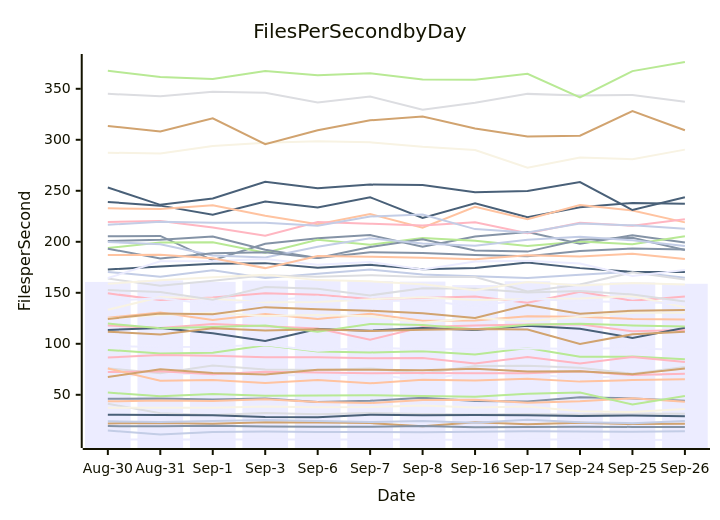
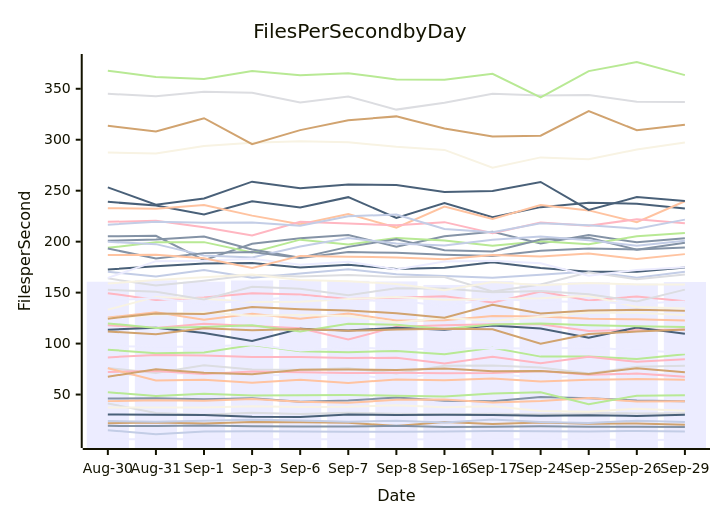
Before and after one commit to streetsidesoftware/cspell: the diagram in perf-report.md, drawn with Mermaid. The commit also changed other lines of this file and 1 other file, not shown here.

````diff
--- a/perf-report.md
+++ b/perf-report.md
@@ -10,57 +10,57 @@
 ```mermaid
 xychart-beta
     title Files Per Second by Day
     y-axis Files per Second
-    x-axis Date [Aug-30, Aug-31, Sep-1, Sep-3, Sep-6, Sep-7, Sep-8, Sep-16, Sep-17, Sep-24, Sep-25, Sep-26]
-    bar [160.67, 162.16, 160.72, 161.93, 162.34, 161.56, 160.97, 157.55, 161.35, 159.12, 160.20, 158.85]
-    line [46.05, 46.44, 45.45, 46.41, 42.91, 44.10, 47.18, 43.88, 43.41, 47.56, 46.43, 44.28]
-    line [43.55, 44.33, 43.81, 45.60, 43.01, 41.97, 44.80, 45.26, 42.13, 43.68, 46.57, 43.13]
-    line [41.27, 31.95, 30.26, 32.20, 30.88, 32.09, 31.08, 30.60, 31.19, 30.72, 31.67, 31.52]
-    line [52.21, 48.60, 50.89, 48.97, 49.35, 49.58, 48.85, 47.97, 51.02, 52.29, 40.48, 48.89]
-    line [21.90, 22.46, 21.60, 23.03, 22.85, 22.27, 19.18, 23.11, 21.10, 22.62, 21.27, 21.60]
-    line [15.00, 11.10, 13.64, 14.09, 13.63, 13.57, 13.40, 13.81, 14.35, 14.04, 13.83, 14.23]
-    line [118.01, 115.40, 119.50, 117.17, 114.93, 104.04, 116.42, 117.89, 118.96, 119.04, 112.27, 113.64]
-    line [113.59, 115.52, 110.36, 102.65, 114.46, 112.83, 115.47, 113.56, 117.79, 114.76, 105.80, 115.76]
-    line [287.37, 286.48, 293.90, 297.13, 298.52, 297.48, 293.09, 290.03, 272.63, 282.67, 280.96, 290.36]
-    line [68.00, 70.47, 70.89, 69.29, 68.94, 69.89, 64.77, 72.12, 70.50, 66.34, 68.88, 70.01]
-    line [19.29, 19.08, 19.71, 18.88, 18.65, 18.65, 19.33, 18.07, 18.42, 18.78, 18.52, 18.42]
-    line [125.51, 130.73, 123.39, 129.29, 124.27, 129.39, 122.55, 122.88, 127.08, 126.63, 124.32, 123.86]
-    line [75.97, 71.20, 78.69, 74.68, 74.33, 75.84, 70.78, 78.20, 78.52, 76.56, 70.74, 77.36]
-    line [94.03, 90.40, 91.22, 98.55, 92.55, 91.52, 92.79, 89.51, 95.95, 87.21, 87.42, 84.85]
-    line [313.60, 308.04, 321.08, 295.70, 309.43, 319.09, 322.91, 311.02, 303.26, 304.00, 328.11, 309.34]
-    line [170.42, 165.85, 172.14, 164.57, 168.71, 172.84, 167.97, 166.22, 164.57, 167.61, 170.71, 164.68]
-    line [72.24, 73.05, 70.19, 72.55, 71.94, 71.15, 71.34, 71.01, 71.23, 73.00, 69.32, 70.55]
-    line [239.06, 235.45, 226.56, 239.54, 233.61, 243.66, 223.35, 237.82, 223.98, 233.86, 238.09, 237.21]
-    line [37.24, 37.32, 37.33, 38.42, 37.82, 37.98, 39.62, 37.64, 38.51, 33.90, 33.12, 36.15]
-    line [97.65, 96.80, 96.99, 99.11, 93.19, 96.28, 94.70, 94.66, 95.59, 94.92, 96.04, 93.49]
-    line [205.32, 205.73, 181.85, 198.01, 203.39, 206.55, 195.11, 205.27, 209.68, 198.18, 206.47, 199.39]
-    line [75.82, 63.83, 64.49, 61.65, 64.50, 61.26, 64.86, 63.96, 65.83, 62.91, 64.44, 65.18]
-    line [345.07, 342.66, 347.17, 346.14, 336.60, 342.41, 329.55, 336.36, 345.01, 343.35, 343.97, 337.30]
-    line [193.96, 199.31, 199.53, 189.39, 201.97, 197.12, 203.70, 201.07, 195.90, 200.29, 197.49, 205.32]
-    line [67.44, 74.93, 71.42, 69.97, 74.43, 74.58, 74.02, 75.50, 72.83, 73.03, 70.23, 75.87]
-    line [23.95, 23.30, 24.27, 25.24, 24.42, 23.30, 24.35, 22.54, 25.54, 23.00, 22.21, 24.38]
-    line [149.48, 142.85, 145.28, 149.46, 148.18, 143.83, 145.01, 146.41, 140.36, 151.00, 142.17, 146.26]
-    line [172.74, 175.87, 178.56, 179.08, 174.59, 177.44, 173.15, 174.36, 179.74, 174.18, 170.43, 170.45]
-    line [124.76, 128.19, 130.51, 127.29, 128.13, 127.03, 120.72, 125.41, 122.07, 126.43, 130.53, 130.33]
-    line [6.04, 6.23, 6.06, 6.09, 6.20, 6.14, 6.11, 5.78, 6.14, 6.07, 5.98, 5.68]
-    line [200.77, 202.09, 205.14, 192.22, 184.22, 194.88, 202.40, 191.56, 190.37, 202.02, 203.87, 192.01]
-    line [232.86, 232.26, 235.92, 225.53, 217.15, 227.16, 213.82, 234.37, 222.15, 235.99, 230.67, 219.04]
-    line [163.99, 156.90, 161.76, 167.23, 165.73, 167.27, 165.39, 165.37, 151.18, 158.06, 170.07, 163.11]
-    line [119.80, 115.33, 116.38, 118.04, 111.85, 119.40, 118.51, 114.20, 118.71, 119.64, 118.05, 116.99]
-    line [124.42, 129.63, 128.97, 135.94, 133.80, 132.37, 129.87, 125.28, 138.07, 129.51, 132.51, 133.16]
-    line [199.85, 197.57, 186.50, 184.53, 195.23, 203.47, 198.25, 196.22, 201.98, 205.02, 201.39, 195.94]
-    line [219.42, 220.41, 214.04, 205.97, 219.44, 217.73, 216.08, 219.15, 208.36, 218.68, 215.66, 222.06]
-    line [30.45, 30.07, 29.95, 28.16, 27.92, 30.43, 29.89, 30.21, 29.92, 29.23, 29.70, 28.98]
-    line [133.31, 145.80, 144.08, 140.79, 141.02, 143.66, 145.59, 142.94, 143.60, 144.39, 146.81, 135.80]
-    line [164.43, 180.88, 181.23, 183.21, 177.43, 180.28, 172.77, 180.61, 181.38, 178.77, 166.50, 172.24]
-    line [193.26, 183.54, 188.75, 189.86, 184.03, 189.81, 189.01, 187.14, 185.91, 190.99, 193.37, 192.37]
-    line [186.94, 187.25, 183.77, 174.20, 186.05, 185.31, 184.47, 182.86, 186.84, 185.48, 188.32, 183.01]
-    line [152.71, 150.80, 143.28, 155.69, 153.87, 147.46, 154.39, 153.96, 150.40, 151.64, 148.32, 141.41]
-    line [367.60, 361.65, 359.68, 367.46, 363.32, 365.30, 359.11, 358.89, 364.75, 341.57, 367.34, 376.26]
-    line [111.83, 109.19, 115.12, 112.97, 114.35, 112.51, 113.70, 114.44, 114.03, 99.84, 109.30, 111.81]
-    line [216.69, 219.64, 218.57, 218.78, 215.63, 224.82, 226.65, 212.42, 209.15, 217.97, 216.10, 212.71]
-    line [86.47, 88.91, 88.27, 86.74, 86.90, 85.78, 86.18, 80.59, 86.98, 80.71, 87.03, 82.08]
-    line [253.25, 236.21, 242.44, 258.87, 252.44, 256.07, 255.58, 248.63, 249.79, 258.60, 231.14, 243.74]
-    line [158.84, 162.35, 165.15, 167.75, 162.42, 161.26, 158.45, 152.45, 160.47, 157.19, 159.48, 158.08]
-    line [142.25, 144.70, 138.76, 142.53, 146.03, 141.67, 142.57, 136.52, 144.05, 141.65, 140.89, 139.38]
+    x-axis Date [Aug-30, Aug-31, Sep-1, Sep-3, Sep-6, Sep-7, Sep-8, Sep-16, Sep-17, Sep-24, Sep-25, Sep-26, Sep-29]
+    bar [160.67, 162.16, 160.72, 161.93, 162.34, 161.56, 160.97, 157.55, 161.35, 159.12, 160.20, 158.85, 160.46]
+    line [46.05, 46.44, 45.45, 46.41, 42.91, 44.10, 47.18, 43.88, 43.41, 47.56, 46.43, 44.28, 43.43]
+    line [43.55, 44.33, 43.81, 45.60, 43.01, 41.97, 44.80, 45.26, 42.13, 43.68, 46.57, 43.13, 43.45]
+    line [41.27, 31.95, 30.26, 32.20, 30.88, 32.09, 31.08, 30.60, 31.19, 30.72, 31.67, 31.52, 31.59]
+    line [52.21, 48.60, 50.89, 48.97, 49.35, 49.58, 48.85, 47.97, 51.02, 52.29, 40.48, 48.89, 49.28]
+    line [21.90, 22.46, 21.60, 23.03, 22.85, 22.27, 19.18, 23.11, 21.10, 22.62, 21.27, 21.60, 20.47]
+    line [15.00, 11.10, 13.64, 14.09, 13.63, 13.57, 13.40, 13.81, 14.35, 14.04, 13.83, 14.23, 13.74]
+    line [118.01, 115.40, 119.50, 117.17, 114.93, 104.04, 116.42, 117.89, 118.96, 119.04, 112.27, 113.64, 113.59]
+    line [113.59, 115.52, 110.36, 102.65, 114.46, 112.83, 115.47, 113.56, 117.79, 114.76, 105.80, 115.76, 109.67]
+    line [287.37, 286.48, 293.90, 297.13, 298.52, 297.48, 293.09, 290.03, 272.63, 282.67, 280.96, 290.36, 297.31]
+    line [68.00, 70.47, 70.89, 69.29, 68.94, 69.89, 64.77, 72.12, 70.50, 66.34, 68.88, 70.01, 70.14]
+    line [19.29, 19.08, 19.71, 18.88, 18.65, 18.65, 19.33, 18.07, 18.42, 18.78, 18.52, 18.42, 18.07]
+    line [125.51, 130.73, 123.39, 129.29, 124.27, 129.39, 122.55, 122.88, 127.08, 126.63, 124.32, 123.86, 122.76]
+    line [75.97, 71.20, 78.69, 74.68, 74.33, 75.84, 70.78, 78.20, 78.52, 76.56, 70.74, 77.36, 78.18]
+    line [94.03, 90.40, 91.22, 98.55, 92.55, 91.52, 92.79, 89.51, 95.95, 87.21, 87.42, 84.85, 89.53]
+    line [313.60, 308.04, 321.08, 295.70, 309.43, 319.09, 322.91, 311.02, 303.26, 304.00, 328.11, 309.34, 314.63]
+    line [170.42, 165.85, 172.14, 164.57, 168.71, 172.84, 167.97, 166.22, 164.57, 167.61, 170.71, 164.68, 170.44]
+    line [72.24, 73.05, 70.19, 72.55, 71.94, 71.15, 71.34, 71.01, 71.23, 73.00, 69.32, 70.55, 67.39]
+    line [239.06, 235.45, 226.56, 239.54, 233.61, 243.66, 223.35, 237.82, 223.98, 233.86, 238.09, 237.21, 232.50]
+    line [37.24, 37.32, 37.33, 38.42, 37.82, 37.98, 39.62, 37.64, 38.51, 33.90, 33.12, 36.15, 34.22]
+    line [97.65, 96.80, 96.99, 99.11, 93.19, 96.28, 94.70, 94.66, 95.59, 94.92, 96.04, 93.49, 90.93]
+    line [205.32, 205.73, 181.85, 198.01, 203.39, 206.55, 195.11, 205.27, 209.68, 198.18, 206.47, 199.39, 203.39]
+    line [75.82, 63.83, 64.49, 61.65, 64.50, 61.26, 64.86, 63.96, 65.83, 62.91, 64.44, 65.18, 64.56]
+    line [345.07, 342.66, 347.17, 346.14, 336.60, 342.41, 329.55, 336.36, 345.01, 343.35, 343.97, 337.30, 337.13]
+    line [193.96, 199.31, 199.53, 189.39, 201.97, 197.12, 203.70, 201.07, 195.90, 200.29, 197.49, 205.32, 208.45]
+    line [67.44, 74.93, 71.42, 69.97, 74.43, 74.58, 74.02, 75.50, 72.83, 73.03, 70.23, 75.87, 71.80]
+    line [23.95, 23.30, 24.27, 25.24, 24.42, 23.30, 24.35, 22.54, 25.54, 23.00, 22.21, 24.38, 23.05]
+    line [149.48, 142.85, 145.28, 149.46, 148.18, 143.83, 145.01, 146.41, 140.36, 151.00, 142.17, 146.26, 141.54]
+    line [172.74, 175.87, 178.56, 179.08, 174.59, 177.44, 173.15, 174.36, 179.74, 174.18, 170.43, 170.45, 174.63]
+    line [124.76, 128.19, 130.51, 127.29, 128.13, 127.03, 120.72, 125.41, 122.07, 126.43, 130.53, 130.33, 127.99]
+    line [6.04, 6.23, 6.06, 6.09, 6.20, 6.14, 6.11, 5.78, 6.14, 6.07, 5.98, 5.68, 5.41]
+    line [200.77, 202.09, 205.14, 192.22, 184.22, 194.88, 202.40, 191.56, 190.37, 202.02, 203.87, 192.01, 198.88]
+    line [232.86, 232.26, 235.92, 225.53, 217.15, 227.16, 213.82, 234.37, 222.15, 235.99, 230.67, 219.04, 239.66]
+    line [163.99, 156.90, 161.76, 167.23, 165.73, 167.27, 165.39, 165.37, 151.18, 158.06, 170.07, 163.11, 167.69]
+    line [119.80, 115.33, 116.38, 118.04, 111.85, 119.40, 118.51, 114.20, 118.71, 119.64, 118.05, 116.99, 116.24]
+    line [124.42, 129.63, 128.97, 135.94, 133.80, 132.37, 129.87, 125.28, 138.07, 129.51, 132.51, 133.16, 132.31]
+    line [199.85, 197.57, 186.50, 184.53, 195.23, 203.47, 198.25, 196.22, 201.98, 205.02, 201.39, 195.94, 200.94]
+    line [219.42, 220.41, 214.04, 205.97, 219.44, 217.73, 216.08, 219.15, 208.36, 218.68, 215.66, 222.06, 218.14]
+    line [30.45, 30.07, 29.95, 28.16, 27.92, 30.43, 29.89, 30.21, 29.92, 29.23, 29.70, 28.98, 30.17]
+    line [133.31, 145.80, 144.08, 140.79, 141.02, 143.66, 145.59, 142.94, 143.60, 144.39, 146.81, 135.80, 134.31]
+    line [164.43, 180.88, 181.23, 183.21, 177.43, 180.28, 172.77, 180.61, 181.38, 178.77, 166.50, 172.24, 175.00]
+    line [193.26, 183.54, 188.75, 189.86, 184.03, 189.81, 189.01, 187.14, 185.91, 190.99, 193.37, 192.37, 194.39]
+    line [186.94, 187.25, 183.77, 174.20, 186.05, 185.31, 184.47, 182.86, 186.84, 185.48, 188.32, 183.01, 187.77]
+    line [152.71, 150.80, 143.28, 155.69, 153.87, 147.46, 154.39, 153.96, 150.40, 151.64, 148.32, 141.41, 152.96]
+    line [367.60, 361.65, 359.68, 367.46, 363.32, 365.30, 359.11, 358.89, 364.75, 341.57, 367.34, 376.26, 363.37]
+    line [111.83, 109.19, 115.12, 112.97, 114.35, 112.51, 113.70, 114.44, 114.03, 99.84, 109.30, 111.81, 113.74]
+    line [216.69, 219.64, 218.57, 218.78, 215.63, 224.82, 226.65, 212.42, 209.15, 217.97, 216.10, 212.71, 221.60]
+    line [86.47, 88.91, 88.27, 86.74, 86.90, 85.78, 86.18, 80.59, 86.98, 80.71, 87.03, 82.08, 84.54]
+    line [253.25, 236.21, 242.44, 258.87, 252.44, 256.07, 255.58, 248.63, 249.79, 258.60, 231.14, 243.74, 239.90]
+    line [158.84, 162.35, 165.15, 167.75, 162.42, 161.26, 158.45, 152.45, 160.47, 157.19, 159.48, 158.08, 158.04]
+    line [142.25, 144.70, 138.76, 142.53, 146.03, 141.67, 142.57, 136.52, 144.05, 141.65, 140.89, 139.38, 141.22]
 ```
````
